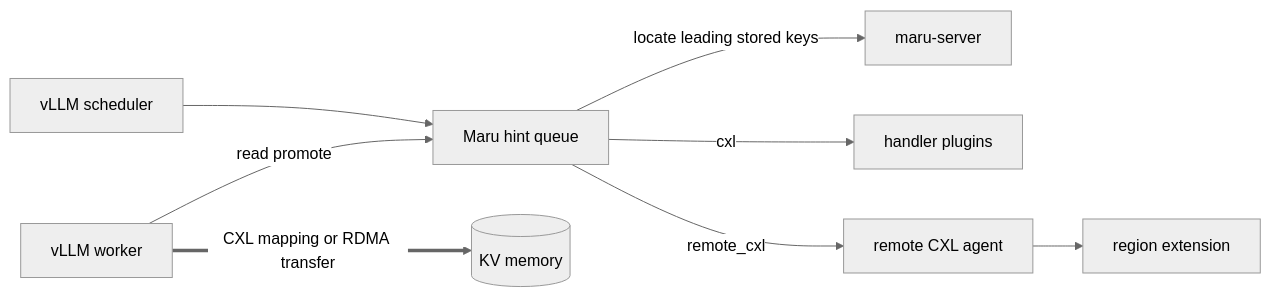
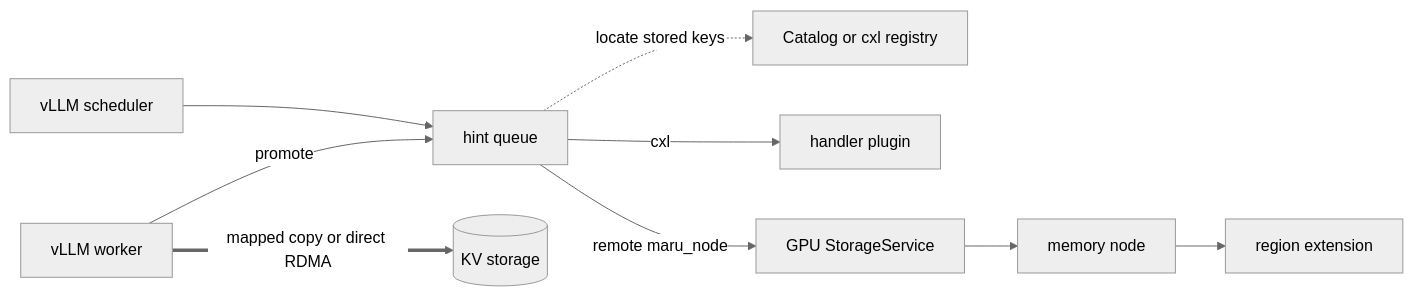
One commit to xcena-dev/maru changed the diagram in docs/source/design_doc/read_hints.md. Above: the diagram before and after it, drawn with Mermaid (neutral theme). The commit also changed other lines of this file and 50 other files, not shown here.

Commit message:
docs: describe the node StorageService and moving from cpu, mixed and remote_cxl

````diff
--- a/docs/source/design_doc/read_hints.md
+++ b/docs/source/design_doc/read_hints.md
@@ -11,10 +7,10 @@
 ```mermaid
 flowchart LR
-  S["vLLM scheduler"] --> H["Maru hint queue"]
-  W["vLLM worker"] -->|"read promote"| H
-  H -->|"locate leading stored keys"| M["maru-server"]
-  H -->|"cxl"| P["handler plugins"]
-  H -->|"remote_cxl"| A["remote CXL agent"]
-  A --> E["region extension"]
-  W ==>|"CXL mapping or RDMA transfer"| K[("KV memory")]
+    S["vLLM scheduler"] --> Q["hint queue"]
+    W["vLLM worker"] -->|"promote"| Q
+    Q -.->|"locate stored keys"| C["Catalog or cxl registry"]
+    Q -->|"cxl"| P["handler plugin"]
+    Q -->|"remote maru_node"| G["GPU StorageService"]
+    G --> M["memory node"] --> E["region extension"]
+    W ==>|"mapped copy or direct RDMA"| K[("KV storage")]
 ```
````
